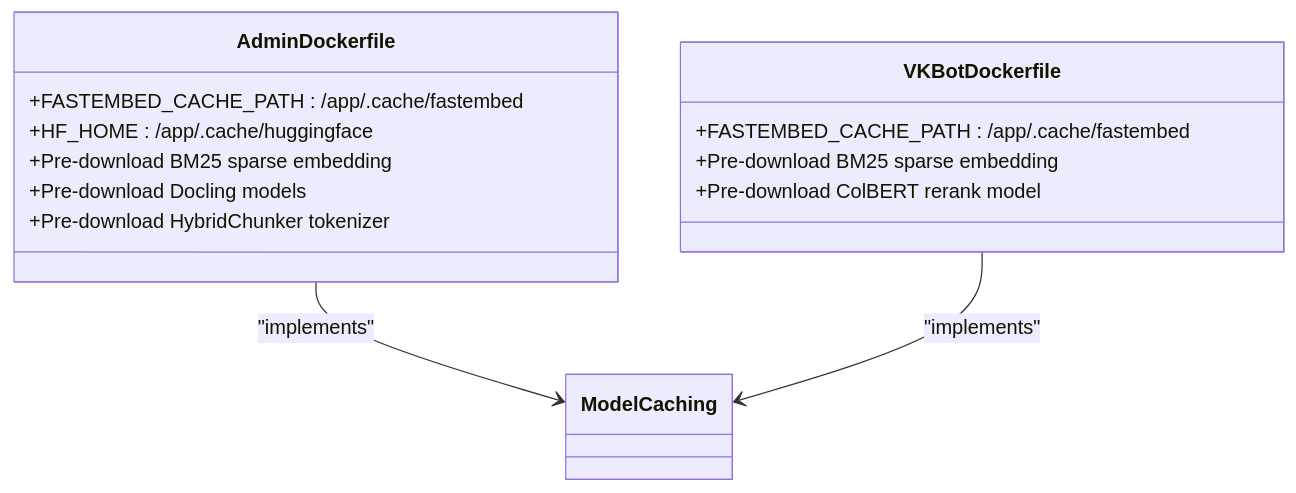
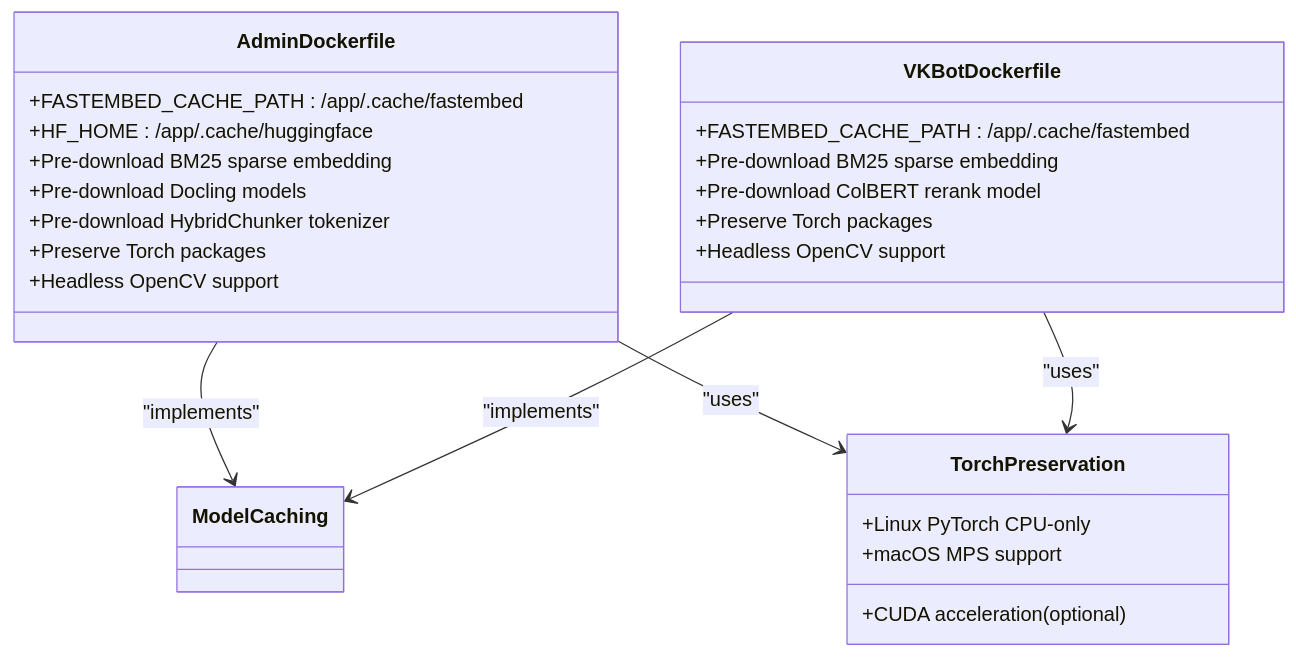
One commit to ognelis/cafetera_hr_bot changed diagram 17 of 19 in .qoder/repowiki/en/content/Document Management System.md. Above: the diagram before and after it, drawn with Mermaid. The commit also changed other lines of this file and 69 other files, not shown here.

````diff
--- a/.qoder/repowiki/en/content/Document Management System.md
+++ b/.qoder/repowiki/en/content/Document Management System.md
@@ -486,17 +588,28 @@
 ```mermaid
 classDiagram
 class AdminDockerfile {
 +FASTEMBED_CACHE_PATH : /app/.cache/fastembed
 +HF_HOME : /app/.cache/huggingface
 +Pre-download BM25 sparse embedding
 +Pre-download Docling models
 +Pre-download HybridChunker tokenizer
++Preserve Torch packages
++Headless OpenCV support
 }
 class VKBotDockerfile {
 +FASTEMBED_CACHE_PATH : /app/.cache/fastembed
 +Pre-download BM25 sparse embedding
 +Pre-download ColBERT rerank model
++Preserve Torch packages
++Headless OpenCV support
+}
+class TorchPreservation {
++Linux PyTorch CPU-only
++macOS MPS support
++CUDA acceleration (optional)
 }
 AdminDockerfile --> ModelCaching : "implements"
 VKBotDockerfile --> ModelCaching : "implements"
+AdminDockerfile --> TorchPreservation : "uses"
+VKBotDockerfile --> TorchPreservation : "uses"
 ```
````
